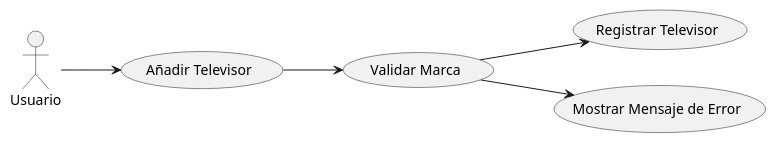
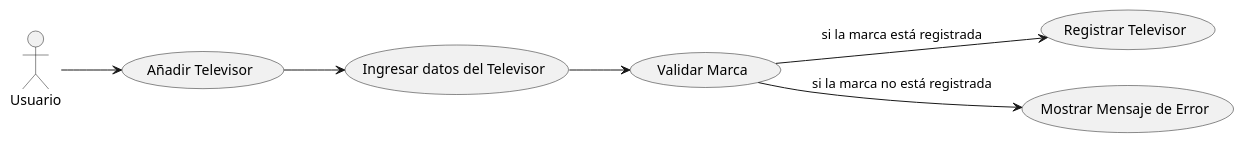
Before and after one commit to Gabriel28112005/GabrielPenaPractica2DOO: the diagram in src/umlDiagram/DiagramaCasosAnadirTelevisor.puml, drawn with PlantUML.

Commit message:
Commit final5

```diff
--- a/src/umlDiagram/DiagramaCasosAnadirTelevisor.puml
+++ b/src/umlDiagram/DiagramaCasosAnadirTelevisor.puml
@@ -1,16 +1,18 @@
 @startuml
 left to right direction
 
 actor Usuario as user
 
 usecase "Añadir Televisor" as AnadirTelevisor
 usecase "Validar Marca" as ValidarMarca
 usecase "Registrar Televisor" as RegistrarTelevisor
 usecase "Mostrar Mensaje de Error" as MostrarError
+usecase "Ingresar datos del Televisor" as IngresarDatos
 
 user --> AnadirTelevisor
-AnadirTelevisor --> ValidarMarca
-ValidarMarca --> RegistrarTelevisor
-ValidarMarca --> MostrarError
+AnadirTelevisor --> IngresarDatos
+IngresarDatos --> ValidarMarca
+ValidarMarca --> RegistrarTelevisor : si la marca está registrada
+ValidarMarca --> MostrarError : si la marca no está registrada
 
 @enduml
```
